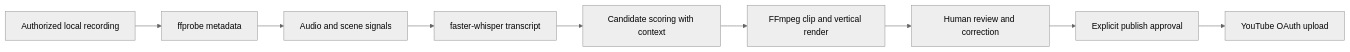
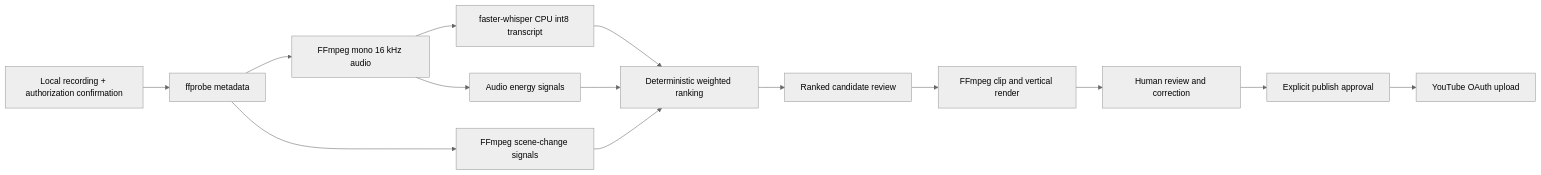
One commit to kavinash0310/clipforge-ai changed the second of 2 diagrams in ARCHITECTURE.md. Above: the diagram before and after it, drawn with Mermaid (neutral theme). The commit also changed other lines of this file and 22 other files, not shown here.

````diff
--- a/ARCHITECTURE.md
+++ b/ARCHITECTURE.md
@@ -24,11 +24,16 @@
 ```mermaid
 flowchart LR
-    Import[Authorized local recording] --> Probe[ffprobe metadata]
-    Probe --> Analyze[Audio and scene signals]
-    Analyze --> ASR[faster-whisper transcript]
-    ASR --> Score[Candidate scoring with context]
-    Score --> Render[FFmpeg clip and vertical render]
-    Render --> Review[Human review and correction]
-    Review --> Approve[Explicit publish approval]
-    Approve --> YouTube[YouTube OAuth upload]
+    Import[Local recording + authorization confirmation] --> Probe[ffprobe metadata]
+    Probe --> Extract[FFmpeg mono 16 kHz audio]
+    Extract --> ASR[faster-whisper CPU int8 transcript]
+    Extract --> Signals[Audio energy signals]
+    Probe --> Scenes[FFmpeg scene-change signals]
+    ASR --> Score[Deterministic weighted ranking]
+    Signals --> Score
+    Scenes --> Score
+    Score --> Review[Ranked candidate review]
+    Review --> Render[FFmpeg clip and vertical render]
+    Render --> Approval[Human review and correction]
+    Approval --> PublishApproval[Explicit publish approval]
+    PublishApproval --> YouTube[YouTube OAuth upload]
 ```
````
